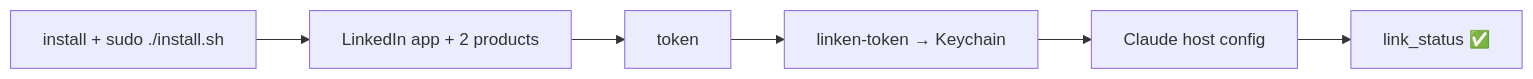
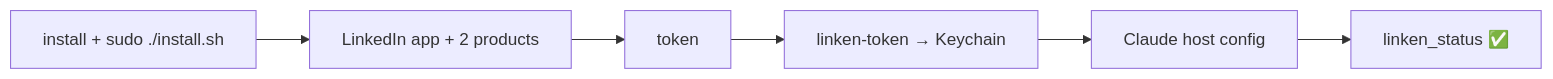
Before and after one commit to Colorado-Startups/link: the diagram in docs/setup.md, drawn with Mermaid. The commit also changed other lines of this file and 33 other files, not shown here.

````diff
--- a/docs/setup.md
+++ b/docs/setup.md
@@ -5,4 +5,4 @@
 ```mermaid
 flowchart LR
-  I[install + sudo ./install.sh] --> A[LinkedIn app + 2 products] --> T[token] --> K[linken-token → Keychain] --> H[Claude host config] --> S[link_status ✅]
+  I[install + sudo ./install.sh] --> A[LinkedIn app + 2 products] --> T[token] --> K[linken-token → Keychain] --> H[Claude host config] --> S[linken_status ✅]
 ```
````
